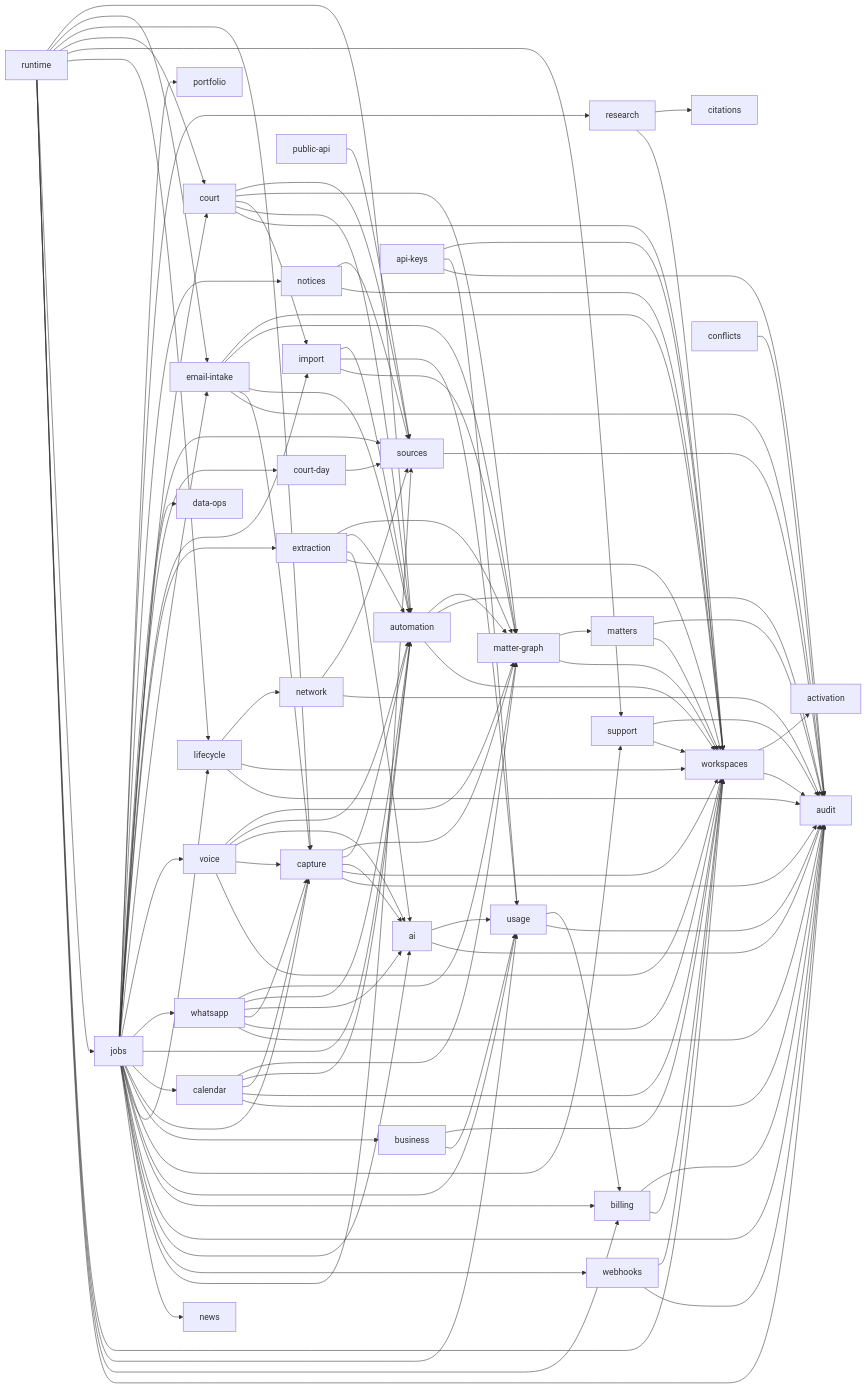
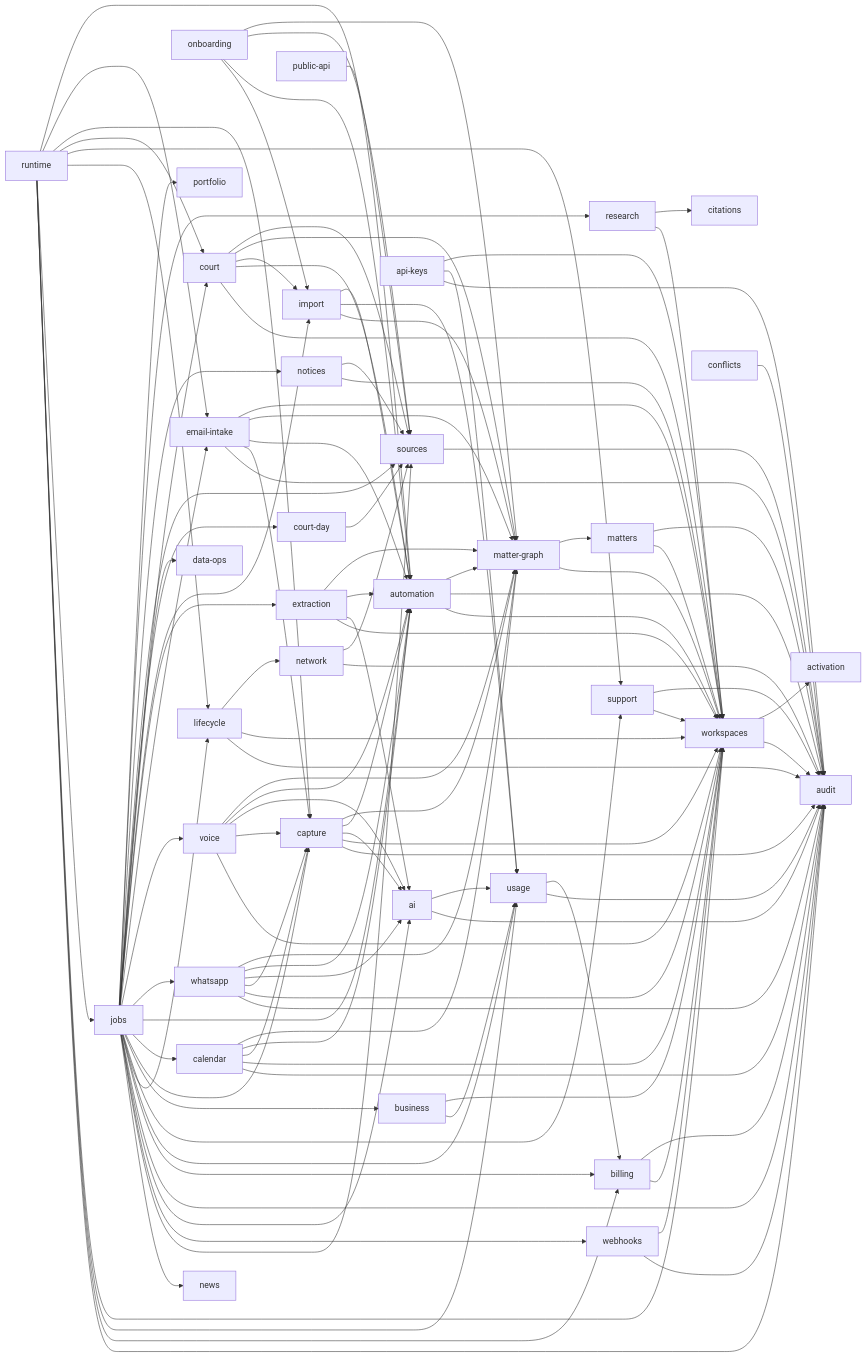
The diagram in docs/engineering/core-domains.md (RapierCraftStudios/causedeck), drawn with Mermaid before and after one commit. The commit also changed other lines of this file and 10 other files, not shown here.

```diff
--- a/docs/engineering/core-domains.md
+++ b/docs/engineering/core-domains.md
@@ -100,6 +101,10 @@
   automation --> workspaces
   automation --> audit
   automation --> matter-graph
+  onboarding --> import
+  onboarding --> automation
+  onboarding --> sources
+  onboarding --> matter-graph
   import --> matter-graph
   import --> usage
   import --> automation
```
